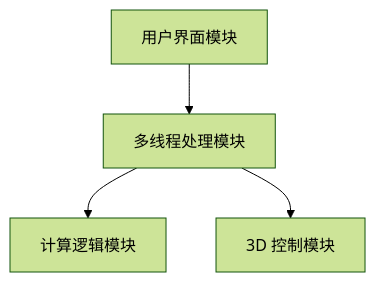
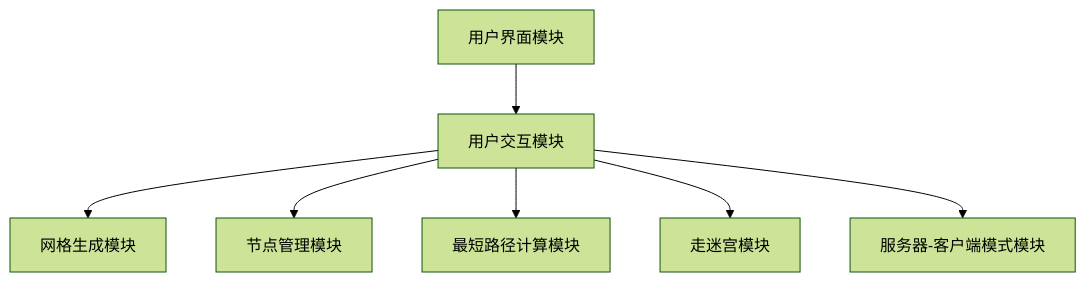
One commit to lalalala5678/bupt-ee-Specialized-experiments changed the first of 2 diagrams in 最短连线/report.md. Above: the diagram before and after it, drawn with Mermaid (forest theme). The commit also changed other lines of this file and 20 other files, not shown here.

````diff
--- a/最短连线/report.md
+++ b/最短连线/report.md
@@ -54,6 +74,9 @@
 ```mermaid
 graph TD;
-    A[用户界面模块] --> B[多线程处理模块]
-    B --> C[计算逻辑模块]
-    B --> D[3D 控制模块]
+    A[用户界面模块] --> B[用户交互模块]
+    B --> C[网格生成模块]
+    B --> D[节点管理模块]
+    B --> E[最短路径计算模块]
+    B --> F[走迷宫模块]
+    B --> G[服务器-客户端模式模块]
 ```
````
